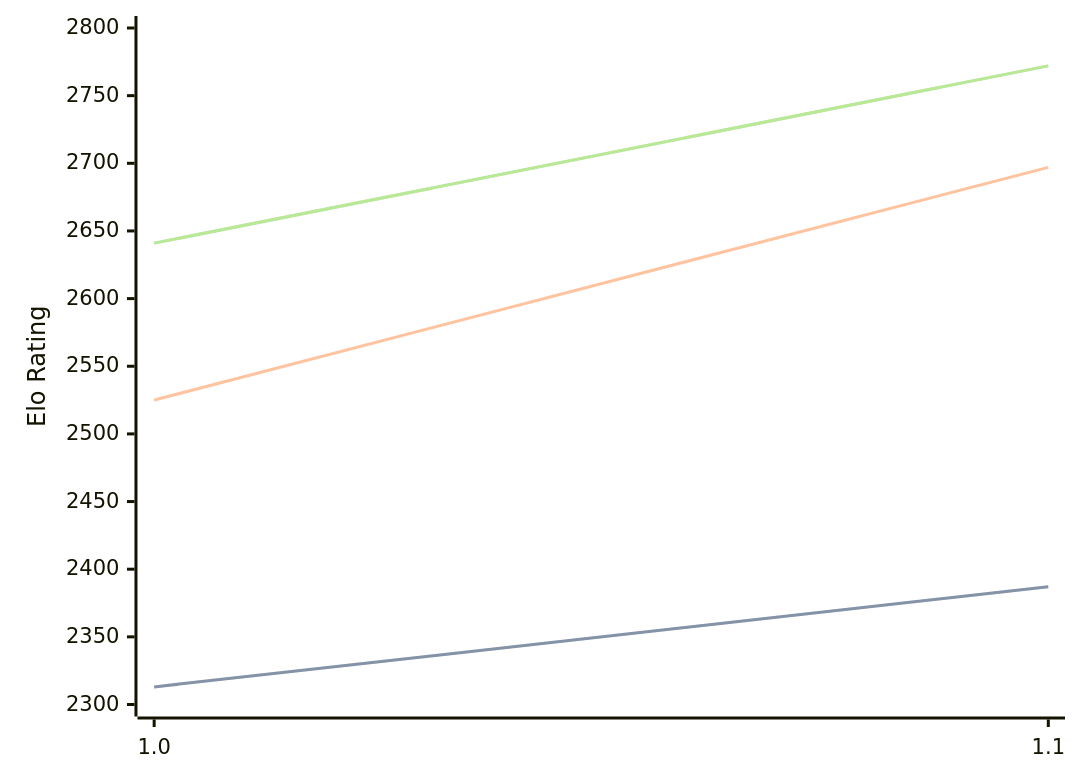
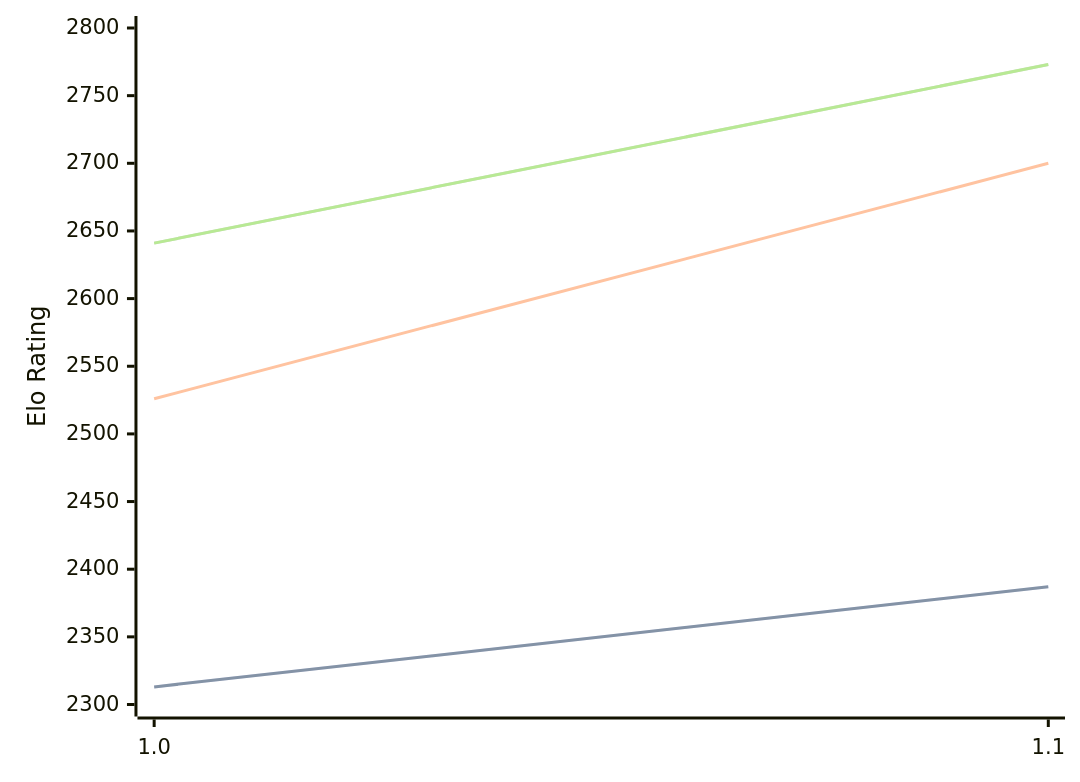
Before and after one commit to computer-chess-index/cci: the diagram in engines/FoxChess.md, drawn with Mermaid. The commit also changed other lines of this file, not shown here.

Commit message:
Update CCI Ratings (ELO VLTC) - 2026-05-22

````diff
--- a/engines/FoxChess.md
+++ b/engines/FoxChess.md
@@ -32,11 +32,11 @@
 ```mermaid
 %%{init: {"theme":"base","themeVariables":{"seriesColors:['#a3a3a3','#222221','#faa371']}}}%%
 xychart-beta
   x-axis ["1.0", "1.1"]
   y-axis "Elo Rating" 2300 --> 2800
   line "STC (8.0+0.08s)" [2313, 2387]
   line "STC (8.0+0.08s)" [2313, 2387]
-  line "LTC (60.0+0.60s)" [2525, 2697]
-  line "VLTC (2m24s+1.12s)" [2641, 2772]
-  line "VLTC (2m24s+1.12s)" [2641, 2772]
+  line "LTC (60.0+0.60s)" [2526, 2700]
+  line "VLTC (2m24s+1.12s)" [2641, 2773]
+  line "VLTC (2m24s+1.12s)" [2641, 2773]
 ```
````
